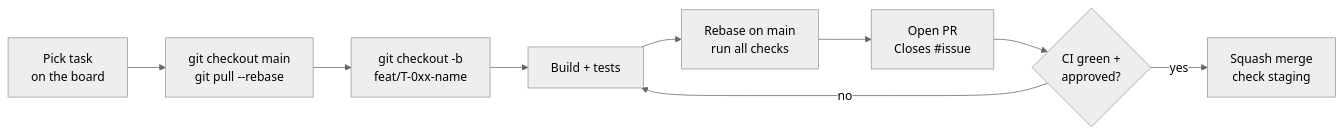
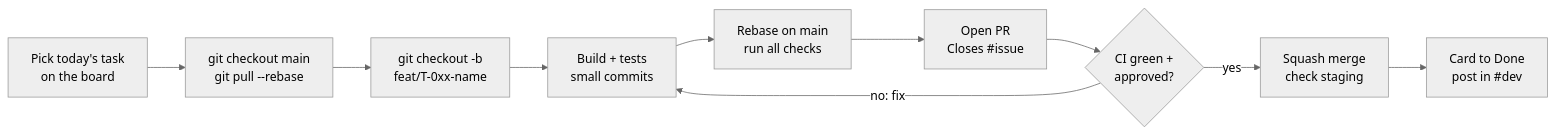
The second of 2 diagrams in README.md (incasoftsolutionsorg/laneos), drawn with Mermaid (neutral theme) before and after one commit. The commit also changed other lines of this file and 112 other files, not shown here.

````diff
--- a/README.md
+++ b/README.md
@@ -204,11 +297,12 @@
 ```mermaid
 flowchart LR
-    A["Pick task<br/>on the board"] --> B["git checkout main<br/>git pull --rebase"]
+    A["Pick today's task<br/>on the board"] --> B["git checkout main<br/>git pull --rebase"]
     B --> C["git checkout -b<br/>feat/T-0xx-name"]
-    C --> D["Build + tests"]
+    C --> D["Build + tests<br/>small commits"]
     D --> E["Rebase on main<br/>run all checks"]
     E --> F["Open PR<br/>Closes #issue"]
     F --> G{"CI green +<br/>approved?"}
-    G -->|"no"| D
+    G -->|"no: fix"| D
     G -->|"yes"| H["Squash merge<br/>check staging"]
+    H --> I["Card to Done<br/>post in #dev"]
 ```
````
